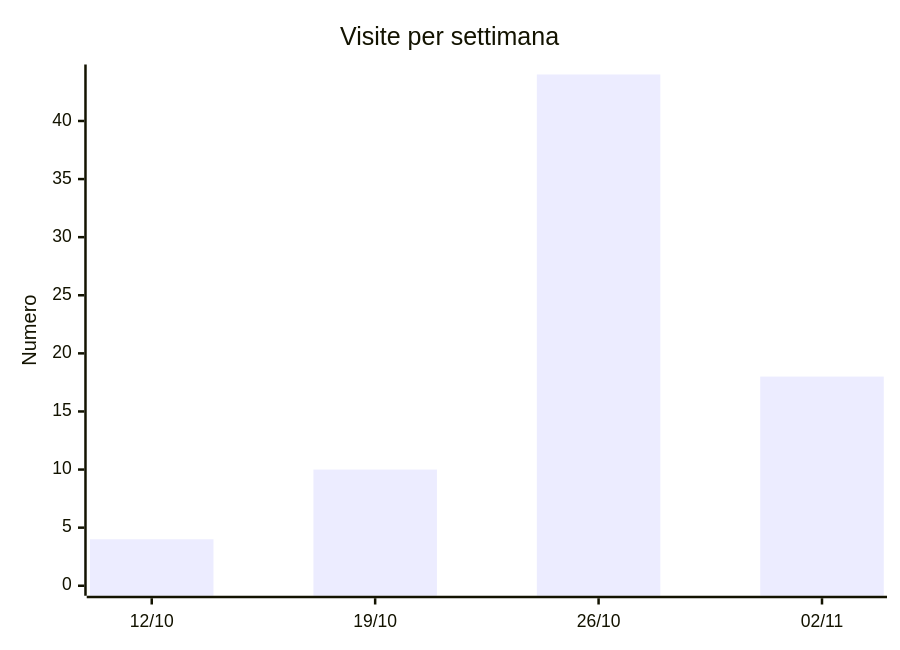
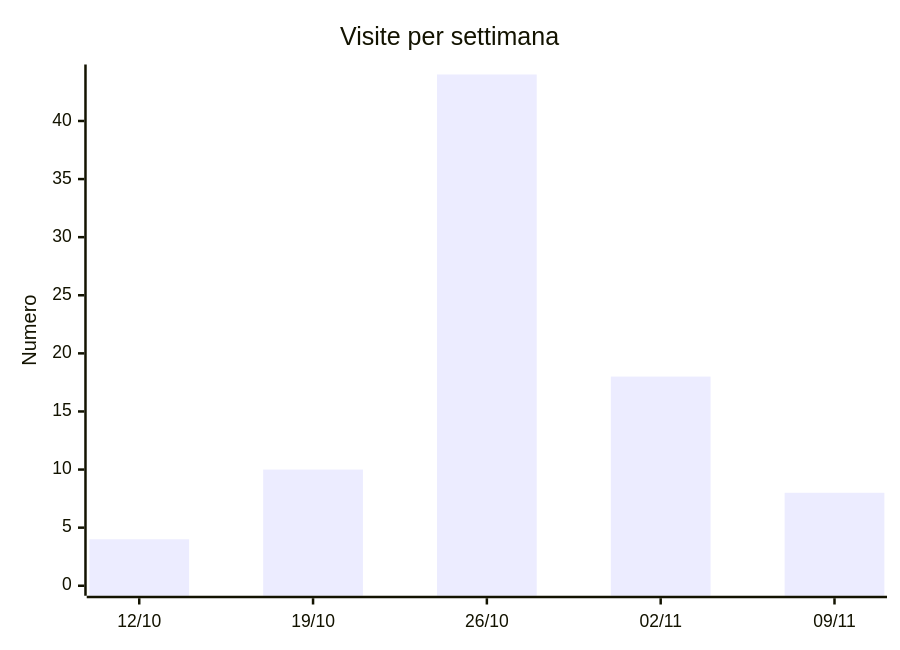
The second of 2 diagrams in README.md (napo/analisirefertogara), drawn with Mermaid before and after one commit. The commit also changed other lines of this file and 1 other file, not shown here.

````diff
--- a/README.md
+++ b/README.md
@@ -36,7 +37,7 @@
 ```mermaid
 xychart-beta
   title "Visite per settimana"
-  x-axis ["12/10", "19/10", "26/10", "02/11"]
+  x-axis ["12/10", "19/10", "26/10", "02/11", "09/11"]
   y-axis "Numero" 0 --> 44
-  bar [4, 10, 44, 18]
+  bar [4, 10, 44, 18, 8]
 ```
````
